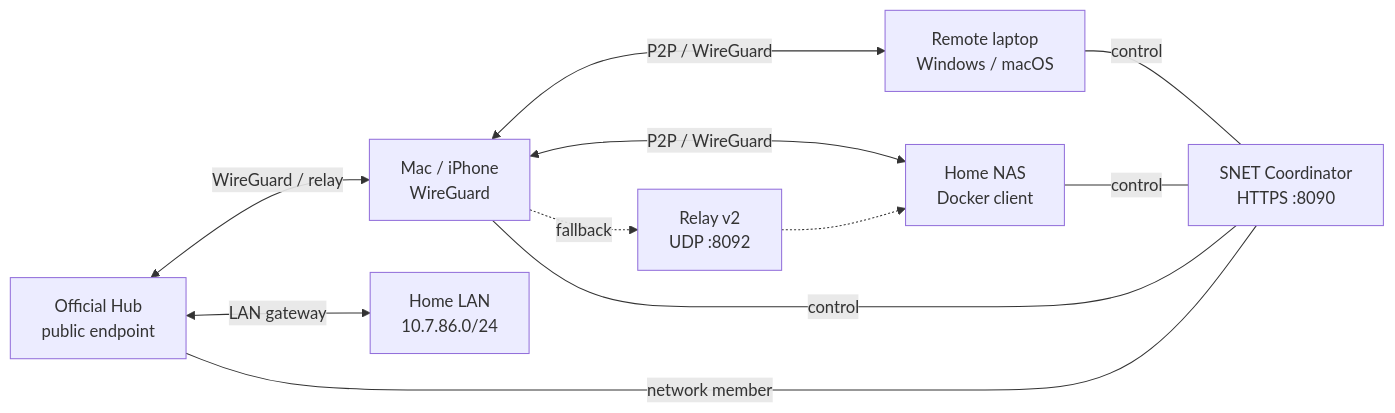
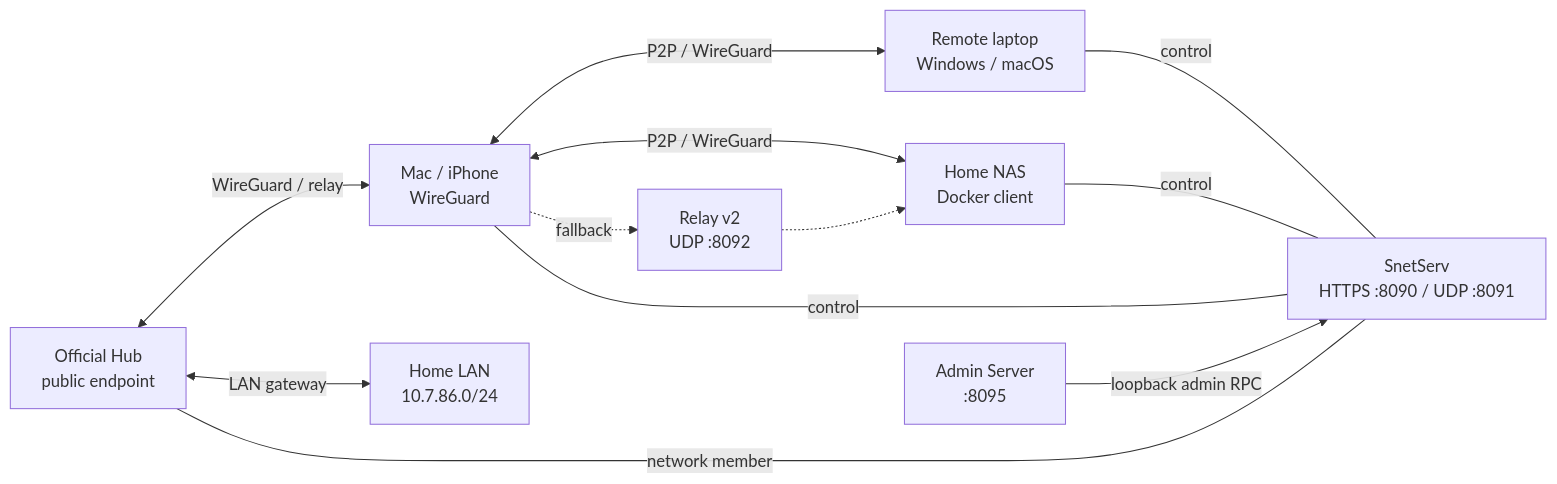
The diagram in README.md (S-shidi/Snet), drawn with Mermaid before and after one commit. The commit also changed other lines of this file and 78 other files, not shown here.

````diff
--- a/README.md
+++ b/README.md
@@ -174,21 +174,23 @@
 ```mermaid
 flowchart LR
     A["Mac / iPhone<br/>WireGuard"]
     B["Home NAS<br/>Docker client"]
     C["Remote laptop<br/>Windows / macOS"]
-    S["SNET Coordinator<br/>HTTPS :8090"]
+    S["SnetServ<br/>HTTPS :8090 / UDP :8091"]
+    M["Admin Server<br/>:8095"]
     R["Relay v2<br/>UDP :8092"]
     H["Official Hub<br/>public endpoint"]
     L["Home LAN<br/>10.7.86.0/24"]
 
     A <-->|"P2P / WireGuard"| B
     A <-->|"P2P / WireGuard"| C
     A -.->|"fallback"| R
     R -.-> B
     C ---|"control"| S
     B ---|"control"| S
     A ---|"control"| S
+    M -->|"loopback admin RPC"| S
     H <-->|"WireGuard / relay"| A
     H <-->|"LAN gateway"| L
     H ---|"network member"| S
 ```
````
